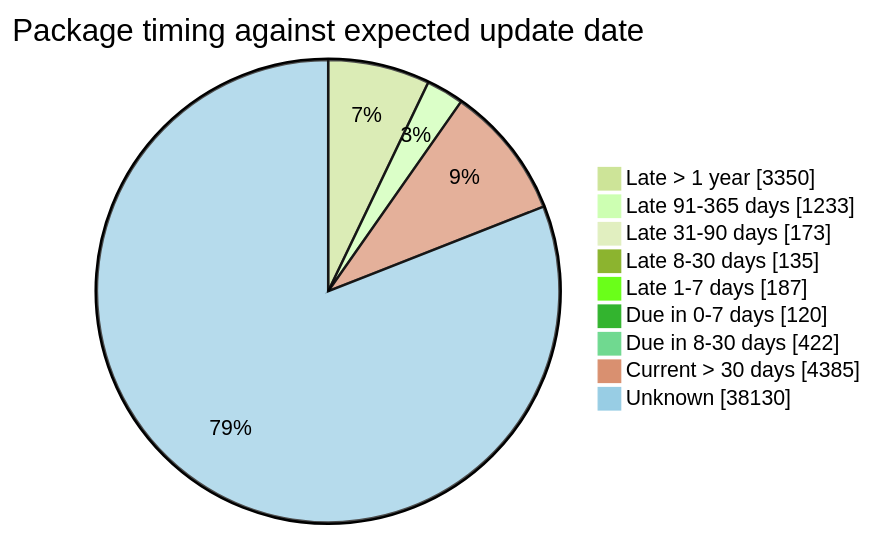
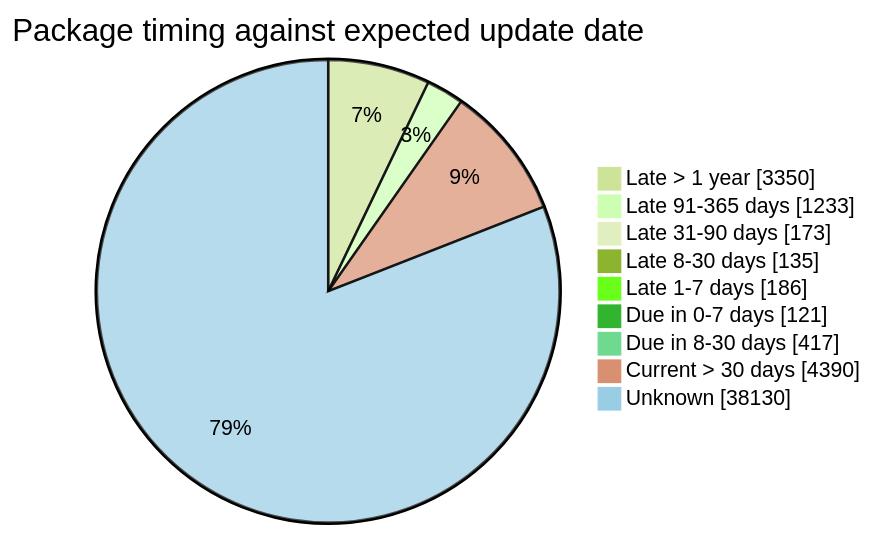
One commit to open-data/analytics-corporate-reporting changed the fourth of 5 diagrams in FreshCheck/README.md. Above: the diagram before and after it, drawn with Mermaid (forest theme). The commit also changed other lines of this file and 3 other files, not shown here.

````diff
--- a/FreshCheck/README.md
+++ b/FreshCheck/README.md
@@ -86,12 +86,12 @@
 ```mermaid
 pie showData title Package timing against expected update date
     "Late > 1 year": 3350
     "Late 91-365 days": 1233
     "Late 31-90 days": 173
     "Late 8-30 days": 135
-    "Late 1-7 days": 187
-    "Due in 0-7 days": 120
-    "Due in 8-30 days": 422
-    "Current > 30 days": 4385
+    "Late 1-7 days": 186
+    "Due in 0-7 days": 121
+    "Due in 8-30 days": 417
+    "Current > 30 days": 4390
     "Unknown": 38130
 ```
````
